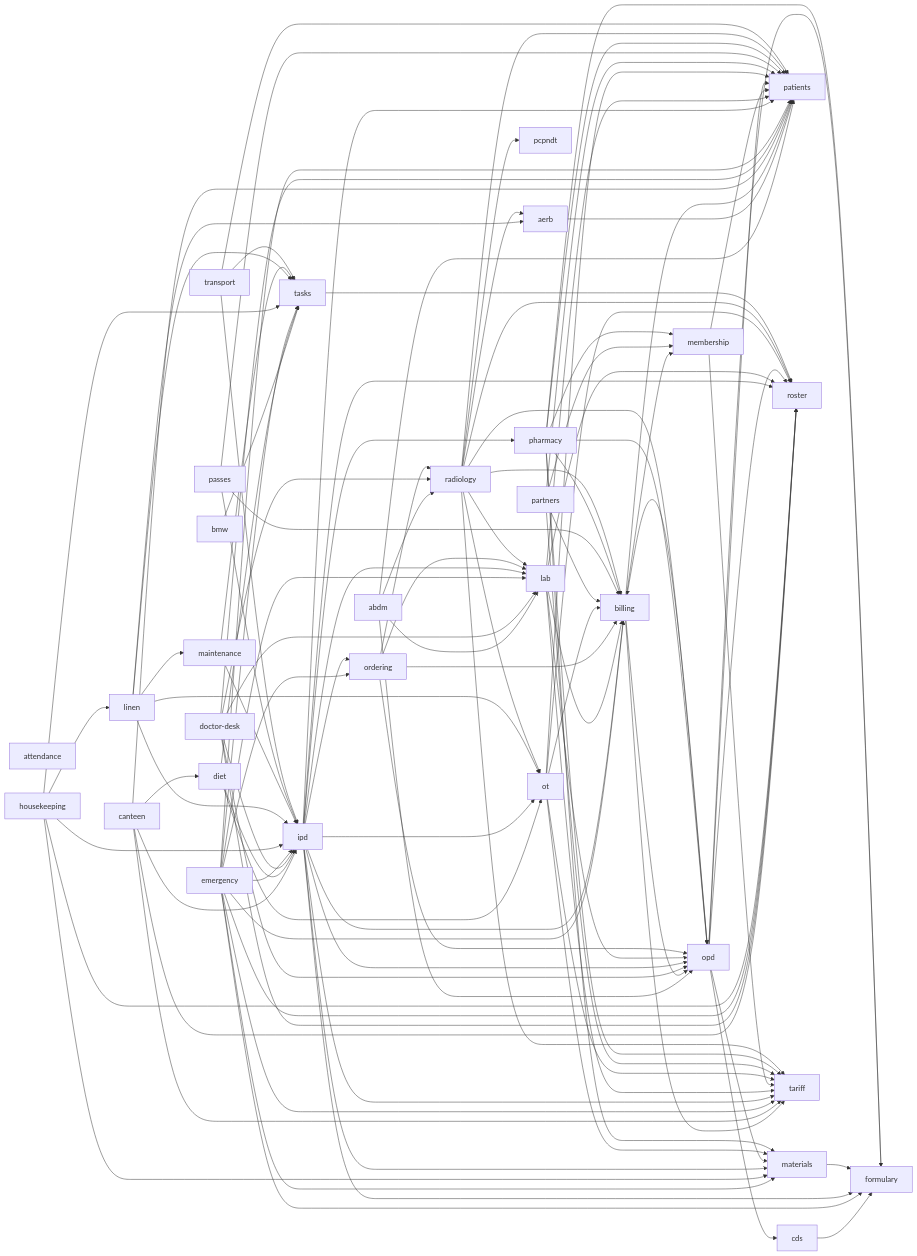
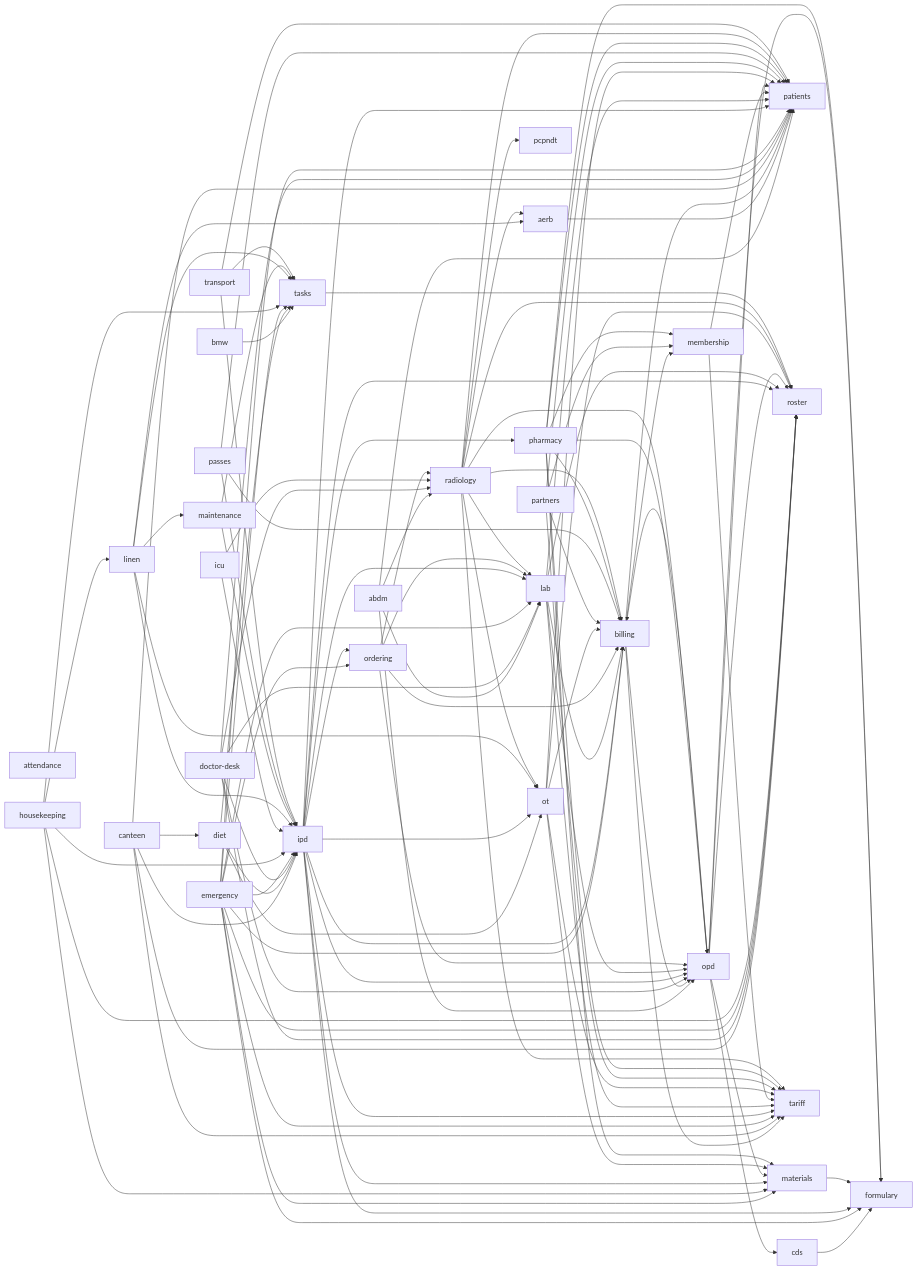
One commit to ankits3a/hims-hmis changed the second of 2 diagrams in docs/architecture/README.md. Above: the diagram before and after it, drawn with Mermaid. The commit also changed other lines of this file and 4 other files, not shown here.

Commit message:
staging-only: regenerate the architecture map and decisions index after the icu-984 merge

```diff
--- a/docs/architecture/README.md
+++ b/docs/architecture/README.md
@@ -42,6 +42,7 @@
   emergency[emergency]
   formulary[formulary]
   housekeeping[housekeeping]
+  icu[icu]
   ipd[ipd]
   lab[lab]
   linen[linen]
@@ -101,6 +102,8 @@
   housekeeping --> materials
   housekeeping --> roster
   housekeeping --> tasks
+  icu --> ipd
+  icu --> radiology
   ipd --> billing
   ipd --> formulary
   ipd --> lab
```
